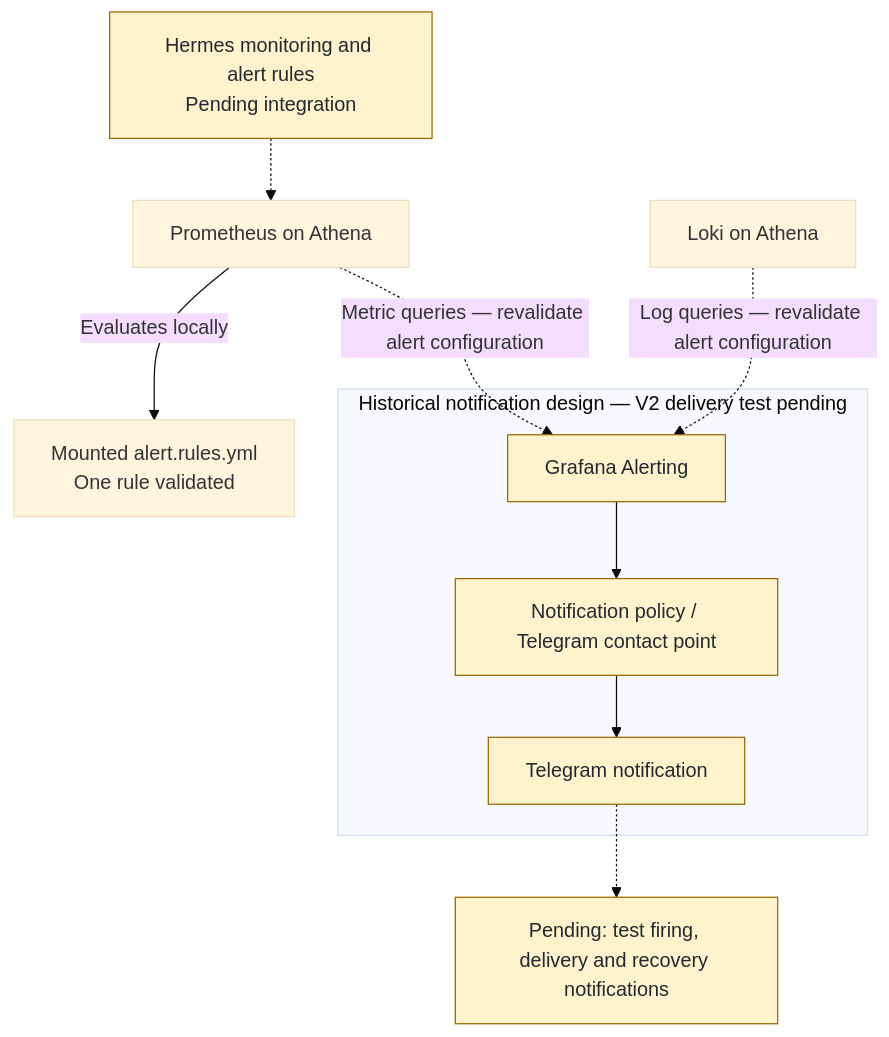
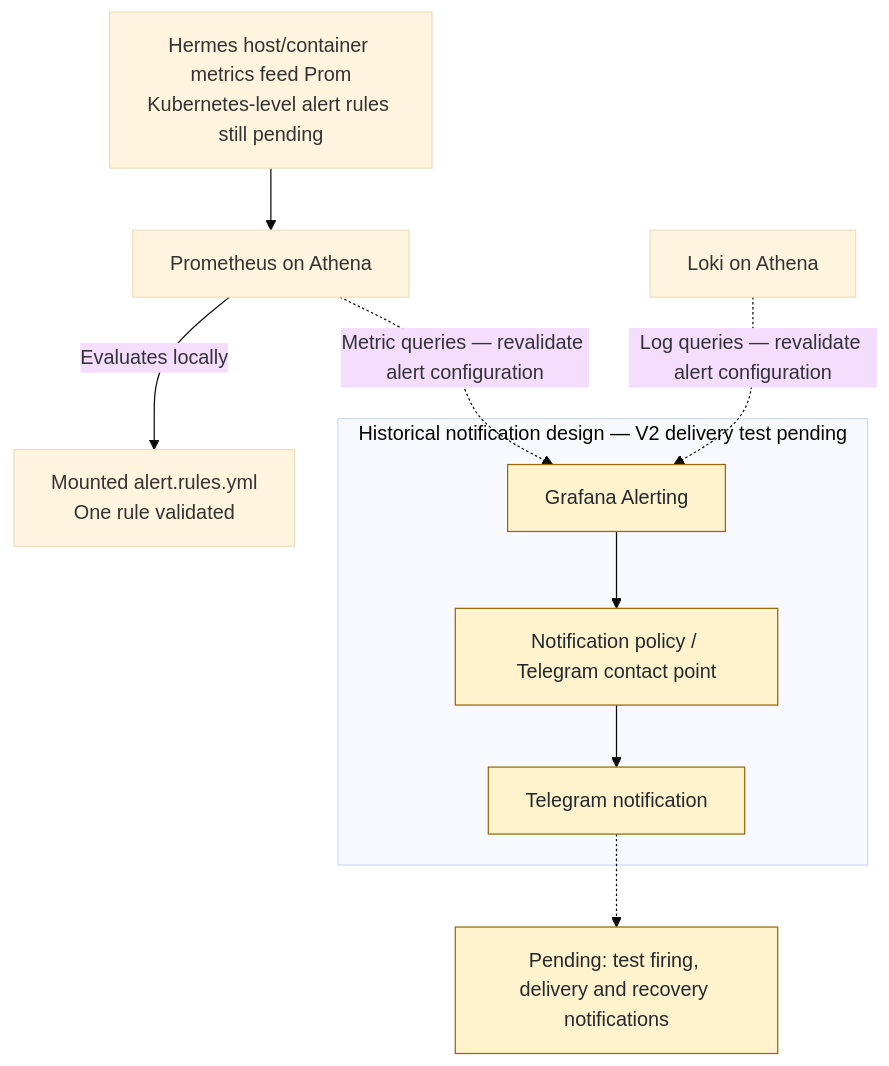
One commit to SwapnajXD/HomeLab changed the third of 3 diagrams in docs/observability.md. Above: the diagram before and after it, drawn with Mermaid (base theme). The commit also changed other lines of this file and 18 other files, not shown here.

Commit message:
docs: finalize September 14 homelab baseline and diagrams

````diff
--- a/docs/observability.md
+++ b/docs/observability.md
@@ -74,19 +75,19 @@
 ```mermaid
 flowchart TB
     Prom["Prometheus on Athena"]
     Rules["Mounted alert.rules.yml<br/>One rule validated"]
     Prom -->|Evaluates locally| Rules
     subgraph Historical["Historical notification design — V2 delivery test pending"]
         Grafana["Grafana Alerting"]
         Contact["Notification policy / Telegram contact point"]
         Telegram["Telegram notification"]
         Grafana --> Contact --> Telegram
     end
     Prom -.->|Metric queries — revalidate alert configuration| Grafana
     Loki["Loki on Athena"] -.->|Log queries — revalidate alert configuration| Grafana
-    Hermes["Hermes monitoring and alert rules<br/>Pending integration"] -.-> Prom
+    Hermes["Hermes host/container metrics feed Prom<br/>Kubernetes-level alert rules still pending"] --> Prom
     Test["Pending: test firing, delivery and recovery notifications"]
     Telegram -.-> Test
     classDef pending fill:#fff3cd,stroke:#9a6700,color:#24292f;
-    class Hermes,Test,Grafana,Contact,Telegram pending;
+    class Test,Grafana,Contact,Telegram pending;
 ```
````
